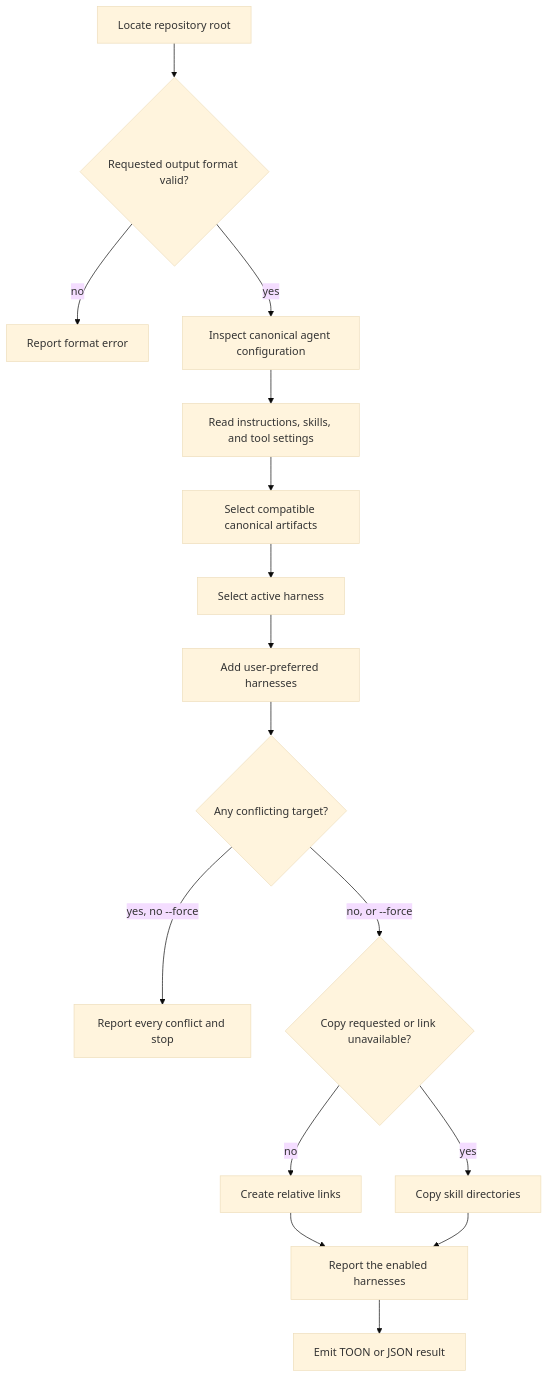
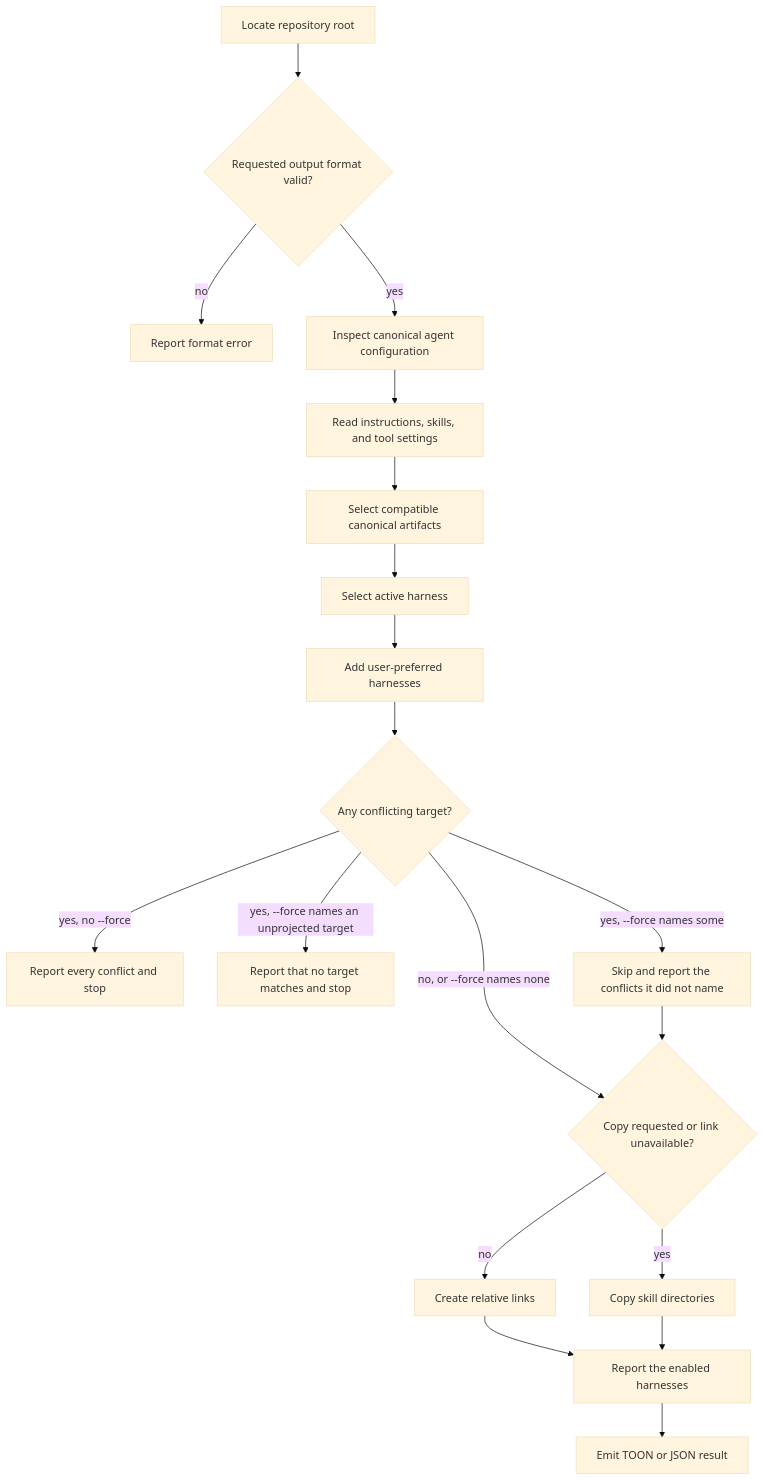
One commit to repobuddy/buddy-agent-harness changed the diagram in packages/buddy-agent-harness/.agents/spec/skills/harness-init/README.md. Above: the diagram before and after it, drawn with Mermaid (base theme). The commit also changed other lines of this file and 13 other files, not shown here.

````diff
--- a/packages/buddy-agent-harness/.agents/spec/skills/harness-init/README.md
+++ b/packages/buddy-agent-harness/.agents/spec/skills/harness-init/README.md
@@ -35,18 +36,21 @@
 ```mermaid
 flowchart TD
   A[Locate repository root] --> B{Requested output format valid?}
   B -->|no| C[Report format error]
   B -->|yes| D[Inspect canonical agent configuration]
   D --> E[Read instructions, skills, and tool settings]
   E --> F[Select compatible canonical artifacts]
   F --> G[Select active harness]
   G --> H[Add user-preferred harnesses]
   H --> I{Any conflicting target?}
   I -->|yes, no --force| J[Report every conflict and stop]
-  I -->|no, or --force| K{Copy requested or link unavailable?}
+  I -->|yes, --force names an unprojected target| P[Report that no target matches and stop]
+  I -->|yes, --force names some| Q[Skip and report the conflicts it did not name]
+  I -->|no, or --force names none| K{Copy requested or link unavailable?}
+  Q --> K
   K -->|no| L[Create relative links]
   K -->|yes| M[Copy skill directories]
   L --> N[Report the enabled harnesses]
   M --> N
   N --> O[Emit TOON or JSON result]
 ```
````
